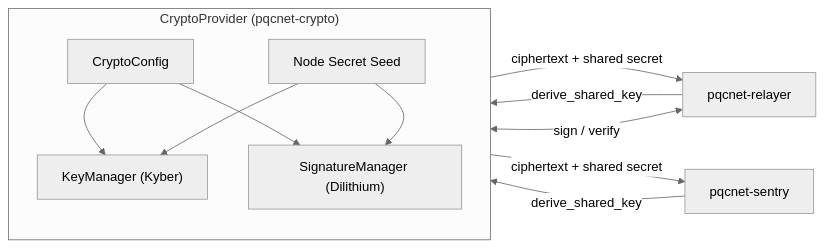
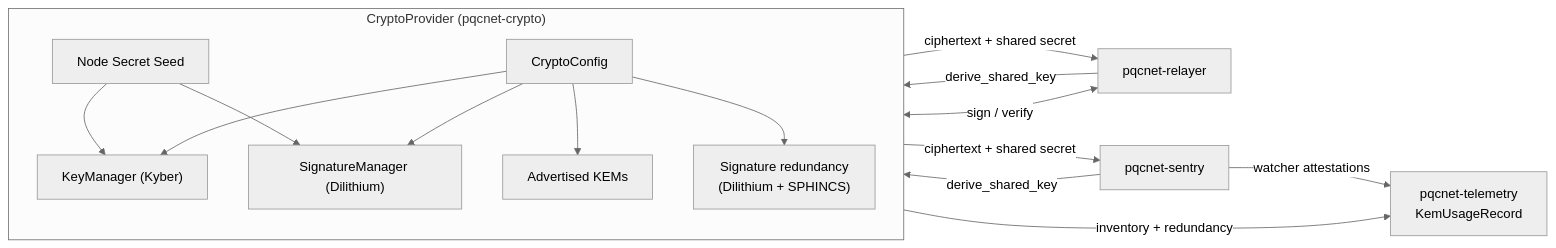
One commit to Lpierzina/pqc-tracing-bot changed the diagram in pqcnet-contracts/pqcnet-crypto/README.md. Above: the diagram before and after it, drawn with Mermaid. The commit also changed other lines of this file and 5 other files, not shown here.

First line of the commit message:
Update pqc readme and diagrams (#125)

````diff
--- a/pqcnet-contracts/pqcnet-crypto/README.md
+++ b/pqcnet-contracts/pqcnet-crypto/README.md
@@ -60,24 +96,31 @@
 ```mermaid
 %%{init: { "theme": "neutral" }}%%
 flowchart LR
     subgraph Provider["CryptoProvider (pqcnet-crypto)"]
         cfg["CryptoConfig"]
         seed["Node Secret Seed"]
+        inv["Advertised KEMs"]
+        sigplan["Signature redundancy\n(Dilithium + SPHINCS)"]
         kem["KeyManager (Kyber)"]
         sig["SignatureManager (Dilithium)"]
         cfg --> kem
         cfg --> sig
+        cfg --> inv
+        cfg --> sigplan
         seed --> kem
         seed --> sig
     end
 
+    telemetry["pqcnet-telemetry\nKemUsageRecord"]
     relayer["pqcnet-relayer"]
     sentry["pqcnet-sentry"]
 
     relayer -->|derive_shared_key| Provider
     Provider -->|ciphertext + shared secret| relayer
     relayer <--> |sign / verify| Provider
+    Provider -->|inventory + redundancy| telemetry
 
     sentry -->|derive_shared_key| Provider
     Provider -->|ciphertext + shared secret| sentry
+    sentry -->|watcher attestations| telemetry
 ```
````
